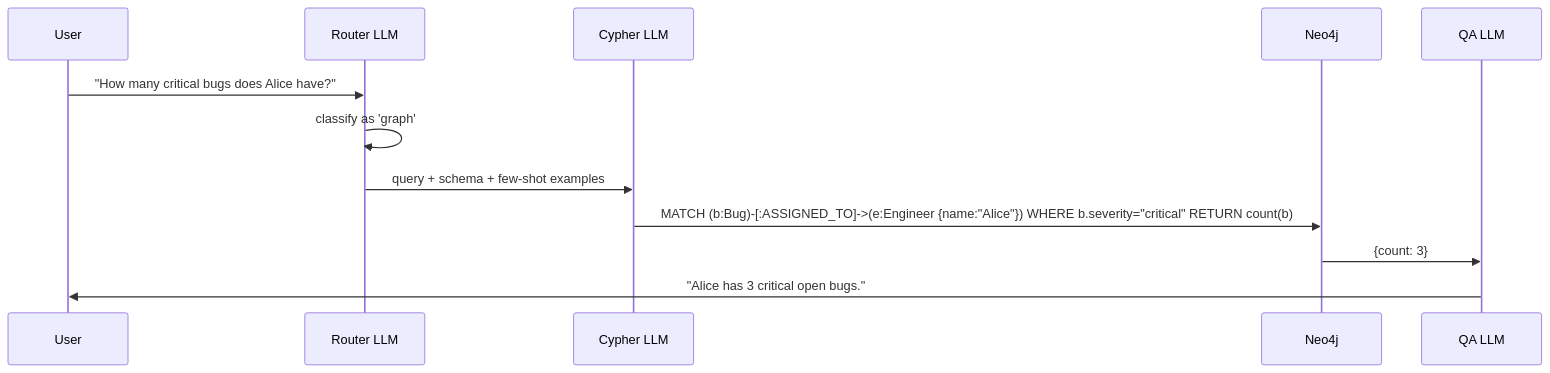
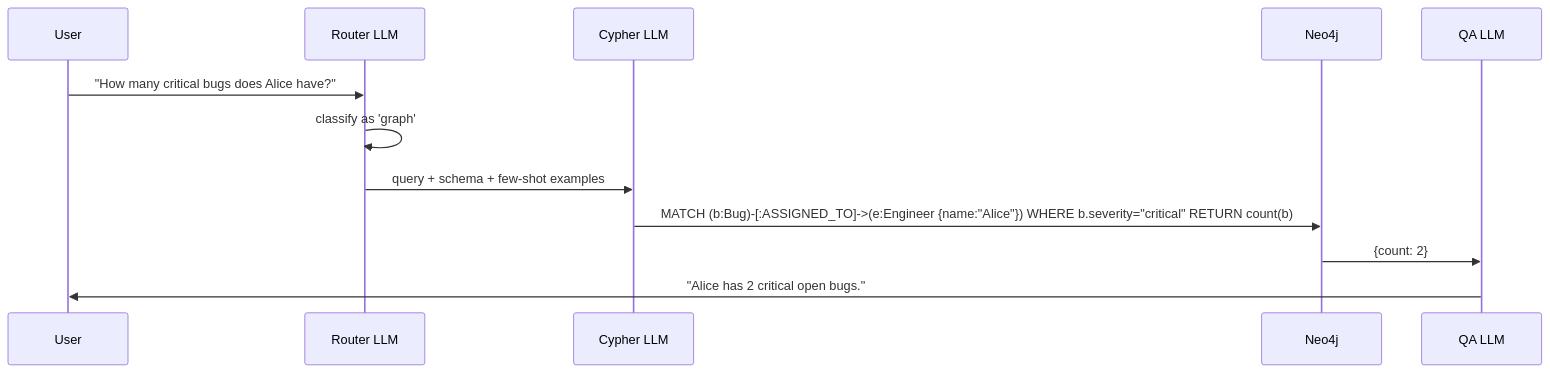
The second of 2 diagrams in docs/en/s06.md (takanorisuzuki/learn-kg), drawn with Mermaid before and after one commit. The commit also changed other lines of this file and 13 other files, not shown here.

````diff
--- a/docs/en/s06.md
+++ b/docs/en/s06.md
@@ -169,15 +173,15 @@
 ```mermaid
 sequenceDiagram
     participant U as User
     participant RT as Router LLM
     participant CL as Cypher LLM
     participant G as Neo4j
     participant QL as QA LLM
 
     U->>RT: "How many critical bugs does Alice have?"
     RT->>RT: classify as 'graph'
     RT->>CL: query + schema + few-shot examples
     CL->>G: MATCH (b:Bug)-[:ASSIGNED_TO]->(e:Engineer {name:"Alice"}) WHERE b.severity="critical" RETURN count(b)
-    G->>QL: {count: 3}
-    QL->>U: "Alice has 3 critical open bugs."
+    G->>QL: {count: 2}
+    QL->>U: "Alice has 2 critical open bugs."
 ```
````
